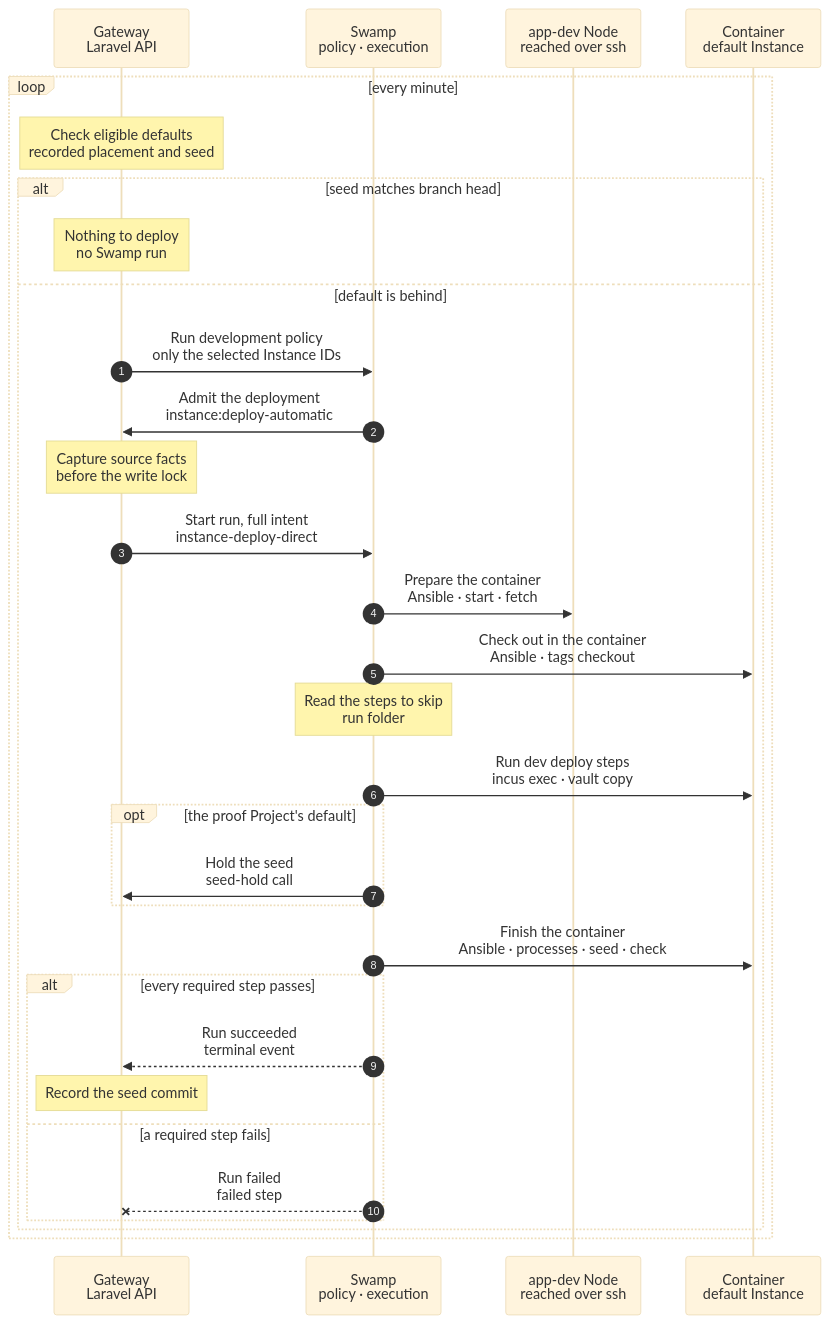
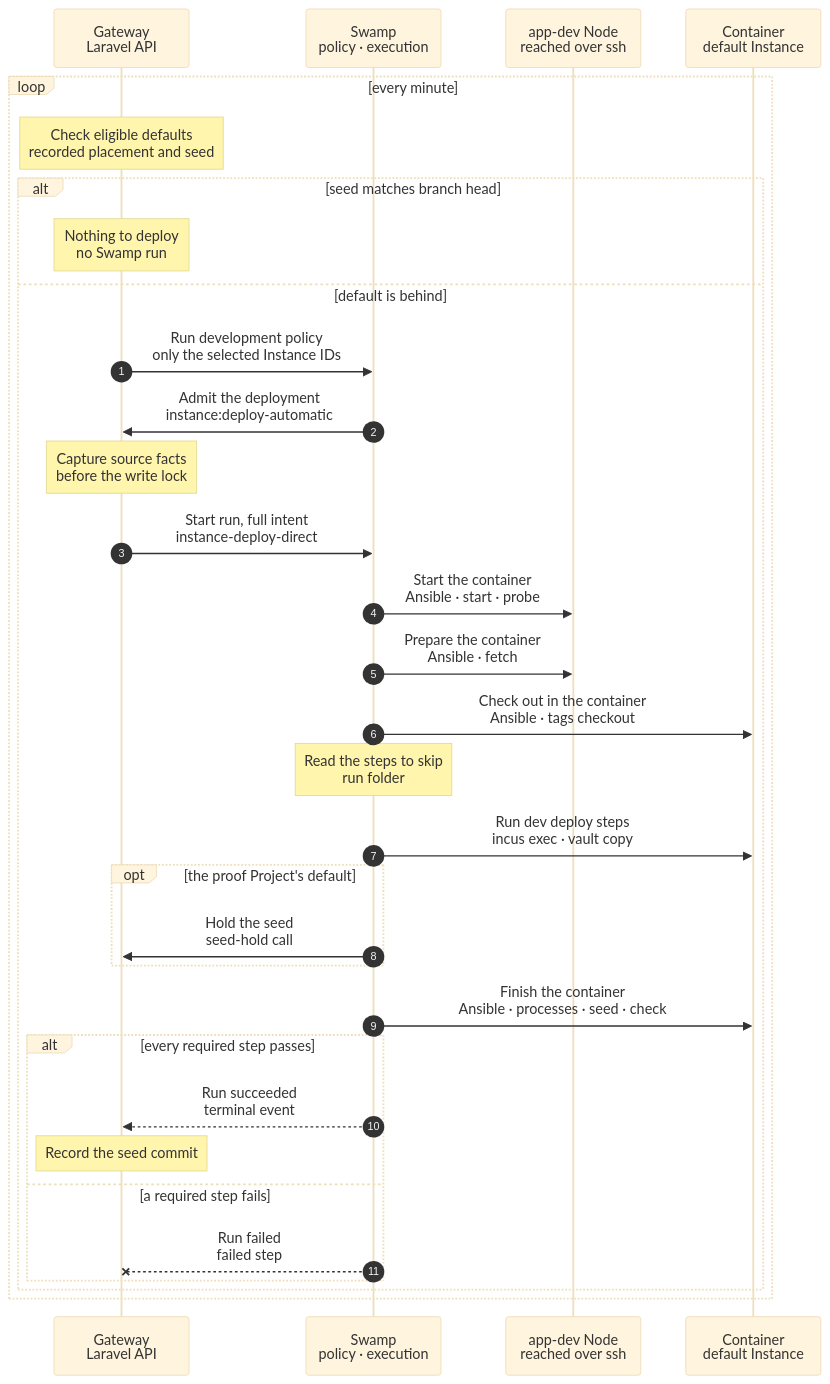
The diagram in docs/cli/instance/container/deploy-default.mmd (hardimpactdev/orbit), drawn with Mermaid (base theme) before and after one commit. The commit also changed 19 other files, not shown here.

Commit message:
Decide an older target in one read-only probe right after the start; drop the admission compare

```diff
--- a/docs/cli/instance/container/deploy-default.mmd
+++ b/docs/cli/instance/container/deploy-default.mmd
@@ -35,7 +35,8 @@
   %%> - refuses admission when capture or source classification fails
   GW->>SW: Start run, full intent<br/>instance-deploy-direct
   %%> - the long steps (prepare, checkout, each dev deploy step, finish, the fleet restore) lock a Swamp behavior of this Instance on its Node, so deployments of two defaults on one Node never wait for each other; the Instance lock keeps two deployments of one default apart
-  SW->>N: Prepare the container<br/>Ansible · start · fetch
+  SW->>N: Start the container<br/>Ansible · start · probe
+  SW->>N: Prepare the container<br/>Ansible · fetch
   %%> What it does:
   %%> - one play runs the phases `start` and `fetch`, in this order; a nested-fleet default runs its fleet check and first seed between them: container/fleet-refresh.mmd
   %%> - `start`: starts a stopped (asleep) default container; the start waits only for the units the container's boot starts: FrankenPHP and the enabled Process units; a new or newly running Process is the work of `processes`
@@ -55,7 +56,7 @@
   SW->>C: Check out in the container<br/>Ansible · tags checkout
   %%> What it does:
   %%> - the same checks as a checkout default: a dirty tree refuses `deployment.checkout_dirty`, a diverged branch `deployment.branch_diverged`
-  %%> - a checkout already past the commit never reaches it: the `fetch` of Prepare decides that case first (docs/cli/instance/deploy.mmd)
+  %%> - a checkout already past the commit never reaches it: the `probe` of "Start the container" decides that case first (docs/cli/instance/deploy.mmd)
   %%> - Orbit's Git calls, the repack, the `.env` exclude line and the deploy steps' record run as `agent` (ADR 0268)
   %%> - after the checkout, the default's untracked files that Git does not ignore go, as the workspace's owner with the task check's Git settings, in a task copy's clean rounds; `.env` is excluded first and stays, ignored and tracked files stay; a file it cannot remove does not fail the deployment, but a clean that fails or runs past 60 s does; the result's `workspace_cleaned` names what went, names only
   %%> - after the checkout, a bounded repack in the foreground (`git repack -d --geometric=2`, 30 s): each fetch adds a pack and Orbit's Git calls start no automatic maintenance; it first removes the temporary files of an earlier repack that are an hour old; a repack that fails or times out prints one `orbit-workspace-repack=` line and never fails the deployment
```
